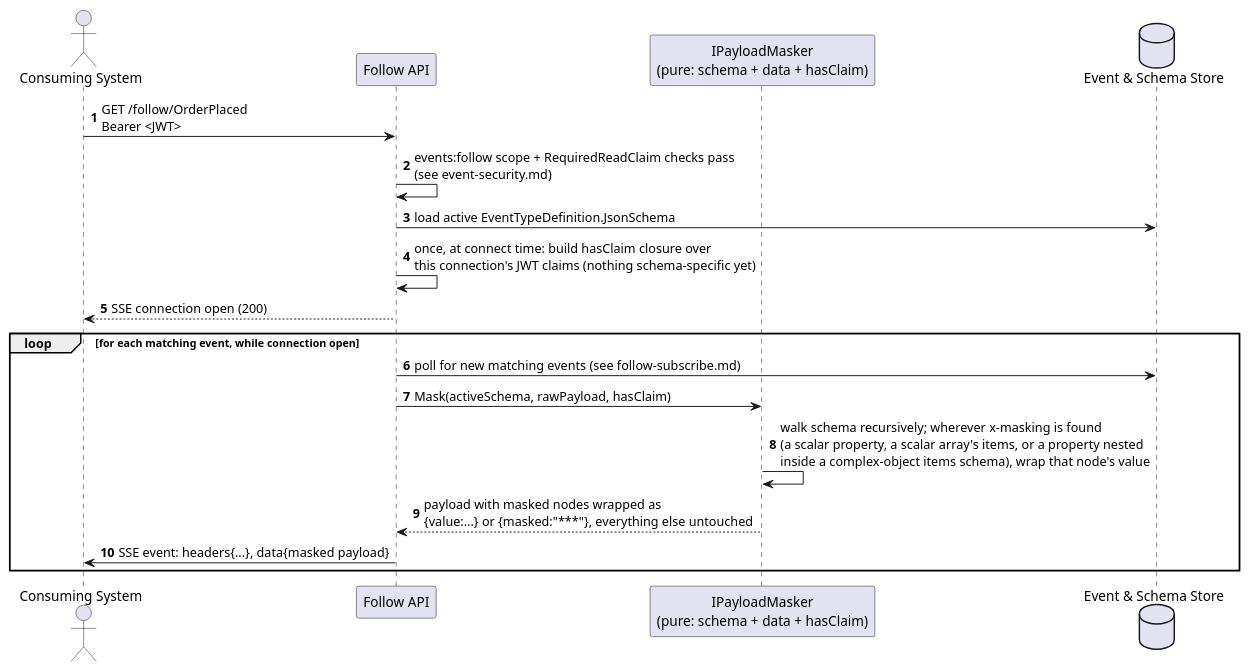
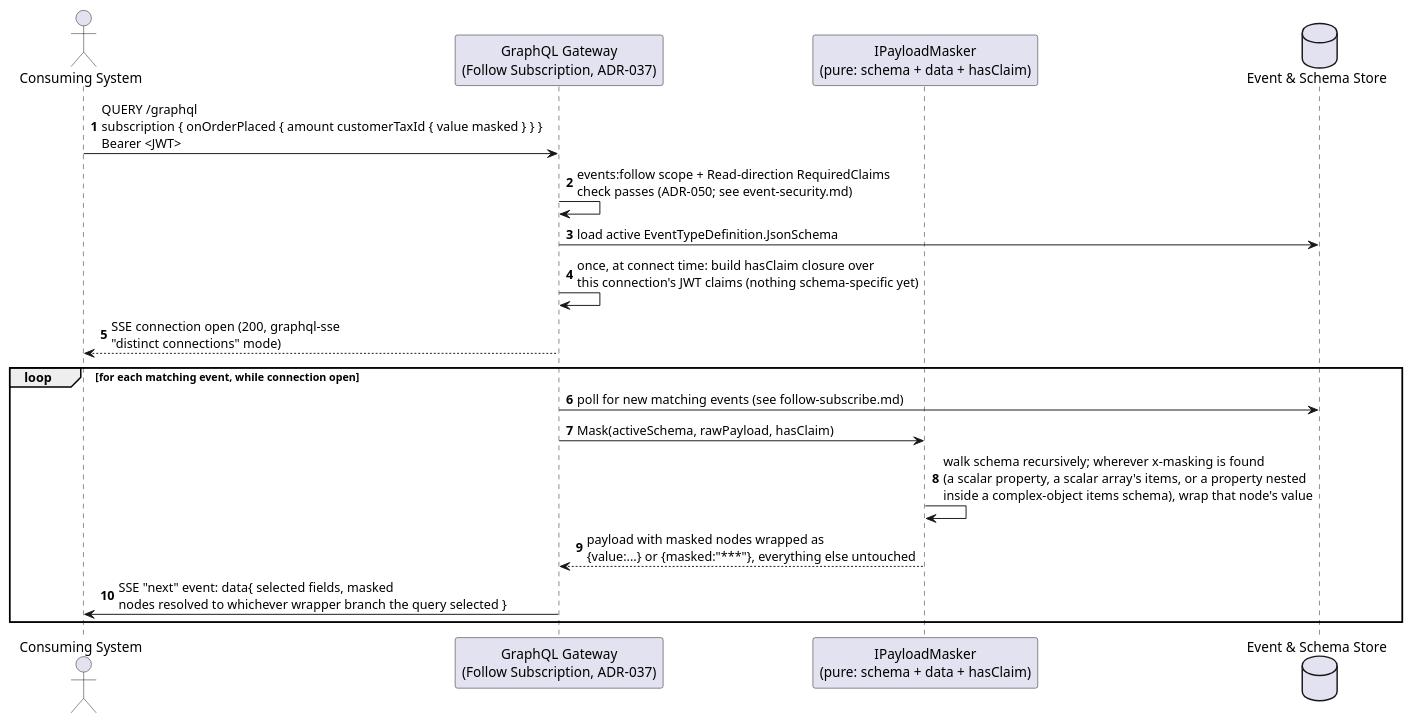
Before and after one commit to Mwwhited-BookLearning/EventSourcing: the first of 2 diagrams in docs/features/masking.md, drawn with PlantUML. The commit also changed other lines of this file and 37 other files, not shown here.

````diff
--- a/docs/features/masking.md
+++ b/docs/features/masking.md
@@ -39,23 +59,23 @@
 ```plantuml
 @startuml Masking_Sequence
 autonumber
 actor "Consuming System" as follower
-participant "Follow API" as endpoint
+participant "GraphQL Gateway\n(Follow Subscription, ADR-037)" as endpoint
 participant "IPayloadMasker\n(pure: schema + data + hasClaim)" as masker
 database "Event & Schema Store" as db
 
-follower -> endpoint: GET /follow/OrderPlaced\nBearer <JWT>
-endpoint -> endpoint: events:follow scope + RequiredReadClaim checks pass\n(see event-security.md)
+follower -> endpoint: QUERY /graphql\nsubscription { onOrderPlaced { amount customerTaxId { value masked } } }\nBearer <JWT>
+endpoint -> endpoint: events:follow scope + Read-direction RequiredClaims\ncheck passes (ADR-050; see event-security.md)
 endpoint -> db: load active EventTypeDefinition.JsonSchema
 endpoint -> endpoint: once, at connect time: build hasClaim closure over\nthis connection's JWT claims (nothing schema-specific yet)
-endpoint --> follower: SSE connection open (200)
+endpoint --> follower: SSE connection open (200, graphql-sse\n"distinct connections" mode)
 
 loop for each matching event, while connection open
   endpoint -> db: poll for new matching events (see follow-subscribe.md)
   endpoint -> masker: Mask(activeSchema, rawPayload, hasClaim)
   masker -> masker: walk schema recursively; wherever x-masking is found\n(a scalar property, a scalar array's items, or a property nested\ninside a complex-object items schema), wrap that node's value
   masker --> endpoint: payload with masked nodes wrapped as\n{value:...} or {masked:"***"}, everything else untouched
-  endpoint -> follower: SSE event: headers{...}, data{masked payload}
+  endpoint -> follower: SSE "next" event: data{ selected fields, masked\nnodes resolved to whichever wrapper branch the query selected }
 end
 @enduml
 ```
````
